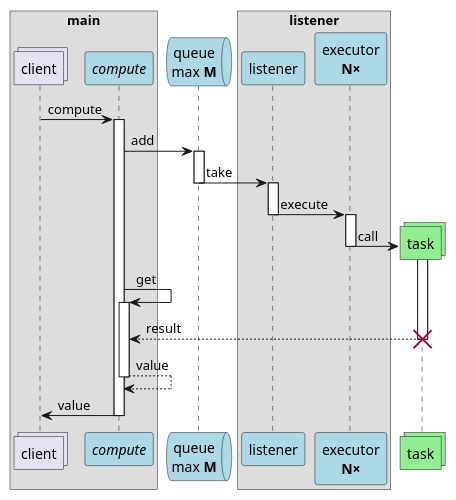
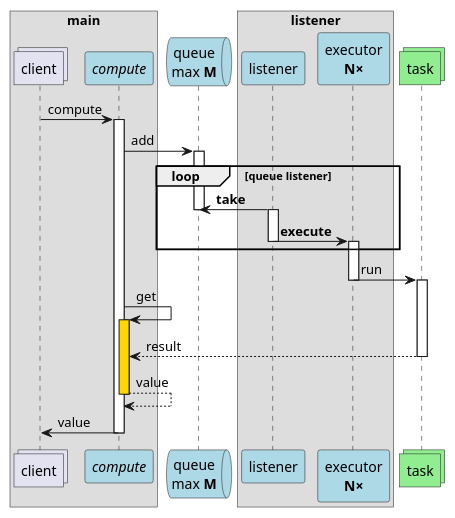
Before and after one commit to epi155/promethium-batch: the diagram in src/main/resources/TaskGranter.puml, drawn with PlantUML. The commit also changed 3 other files, not shown here.

```diff
--- a/src/main/resources/TaskGranter.puml
+++ b/src/main/resources/TaskGranter.puml
@@ -1,34 +1,36 @@
 @startuml
 box main
 collections client as C
 participant "//compute//" as G #lightblue
 end box
 queue "queue\nmax **M**" as Q #lightblue
 box listener
 participant listener as L #lightblue
 participant "executor\n**N×**" as E #lightblue
 end box
 collections task as T #lightgreen
 
 C -> G : compute
 activate G
 G -> Q : add
 activate Q
-Q -> L: take
+loop queue listener
+L -> Q: **take**
 deactivate Q
 activate L
-L -> E : execute
+L -> E : **execute**
 deactivate L
 activate E
-E -> T** : call
+end
+E -> T : run
 deactivate E
 activate T
 G -> G : get
-activate G
+activate G #gold
 T --> G: result
-destroy T
+deactivate T
 G --> G: value
 deactivate G
 G -> C :  value
 deactivate G
 @enduml
```
